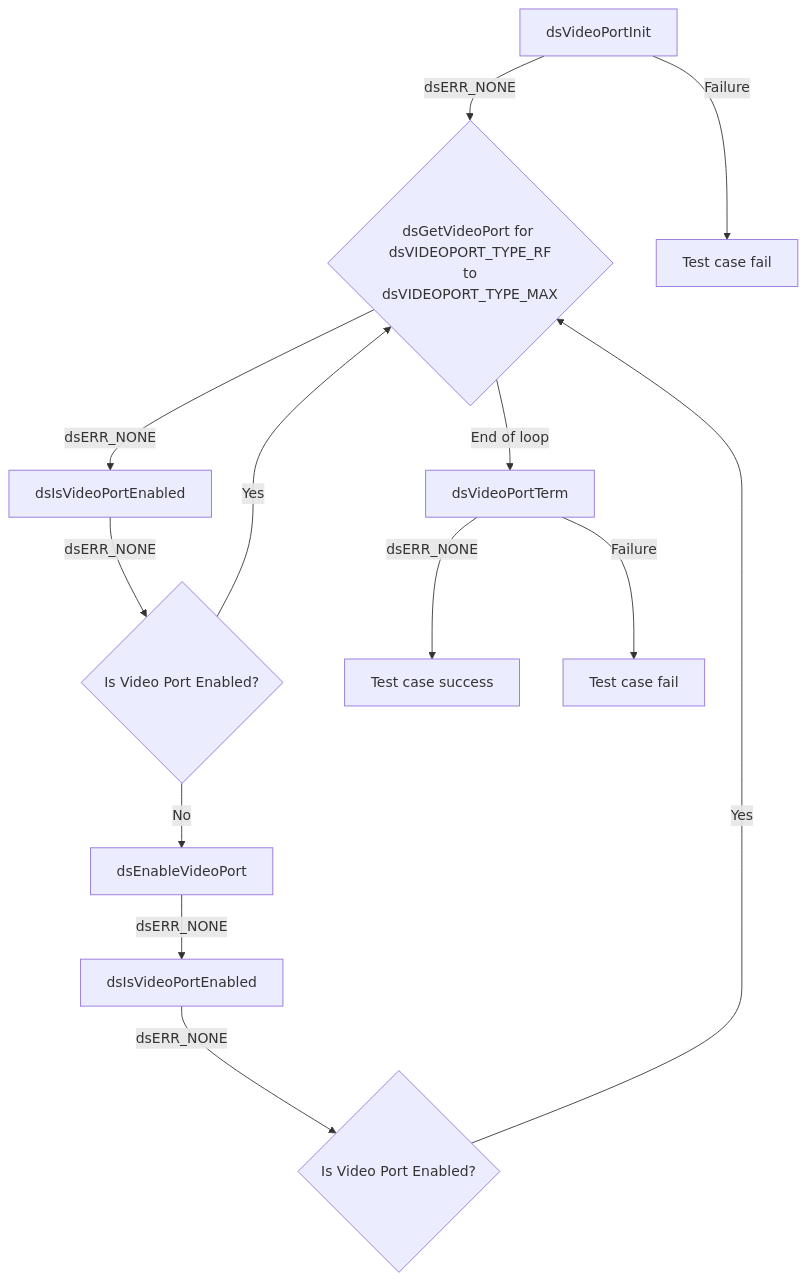
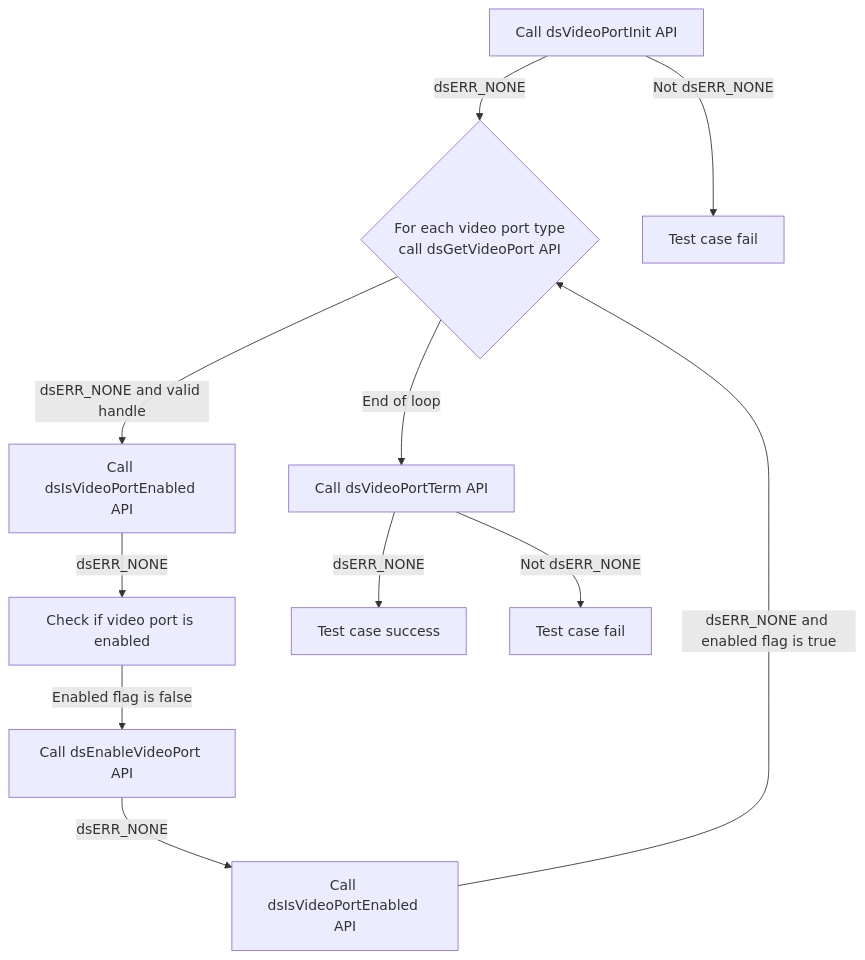
One commit to rdkcentral/rdk-halif-test-device_settings changed the first of 30 diagrams in docs/pages/dsVideoPort_L2_Low-Level_TestSpecification.md. Above: the diagram before and after it, drawn with Mermaid. The commit also changed other lines of this file and 5 other files, not shown here.

````diff
--- a/docs/pages/dsVideoPort_L2_Low-Level_TestSpecification.md
+++ b/docs/pages/dsVideoPort_L2_Low-Level_TestSpecification.md
@@ -67,15 +67,13 @@
 ```mermaid
 graph TB
-    A[dsVideoPortInit] -->|dsERR_NONE| B{dsGetVideoPort for <br> dsVIDEOPORT_TYPE_RF <br> to dsVIDEOPORT_TYPE_MAX}
-    A -->|Failure| A1[Test case fail]
-    B -->|dsERR_NONE| C[dsIsVideoPortEnabled]
-    C -->|dsERR_NONE| D{Is Video Port Enabled?}
-    D -->|No| E[dsEnableVideoPort]
-    D -->|Yes| B
-    E -->|dsERR_NONE| G[dsIsVideoPortEnabled]
-    G -->|dsERR_NONE| H{Is Video Port Enabled?}
-    H -->|Yes| B
-    B -->|End of loop| K
-    K[dsVideoPortTerm] -->|dsERR_NONE| L[Test case success]
-    K -->|Failure| K1[Test case fail]
+    A[Call dsVideoPortInit API] -->|dsERR_NONE| B{For each video port type <br>call dsGetVideoPort API}
+    A -->|Not dsERR_NONE| A1[Test case fail]
+    B -->|dsERR_NONE and valid handle| D[Call dsIsVideoPortEnabled API]
+    D -->|dsERR_NONE| E[Check if video port is enabled]
+    E -->|Enabled flag is false| F[Call dsEnableVideoPort API]
+    F -->|dsERR_NONE| G[Call dsIsVideoPortEnabled API]
+    G -->|dsERR_NONE and enabled flag is true| B
+    B -->|End of loop|I[Call dsVideoPortTerm API]
+    I -->|dsERR_NONE| J[Test case success]
+    I -->|Not dsERR_NONE| I1[Test case fail]
 ```
````
